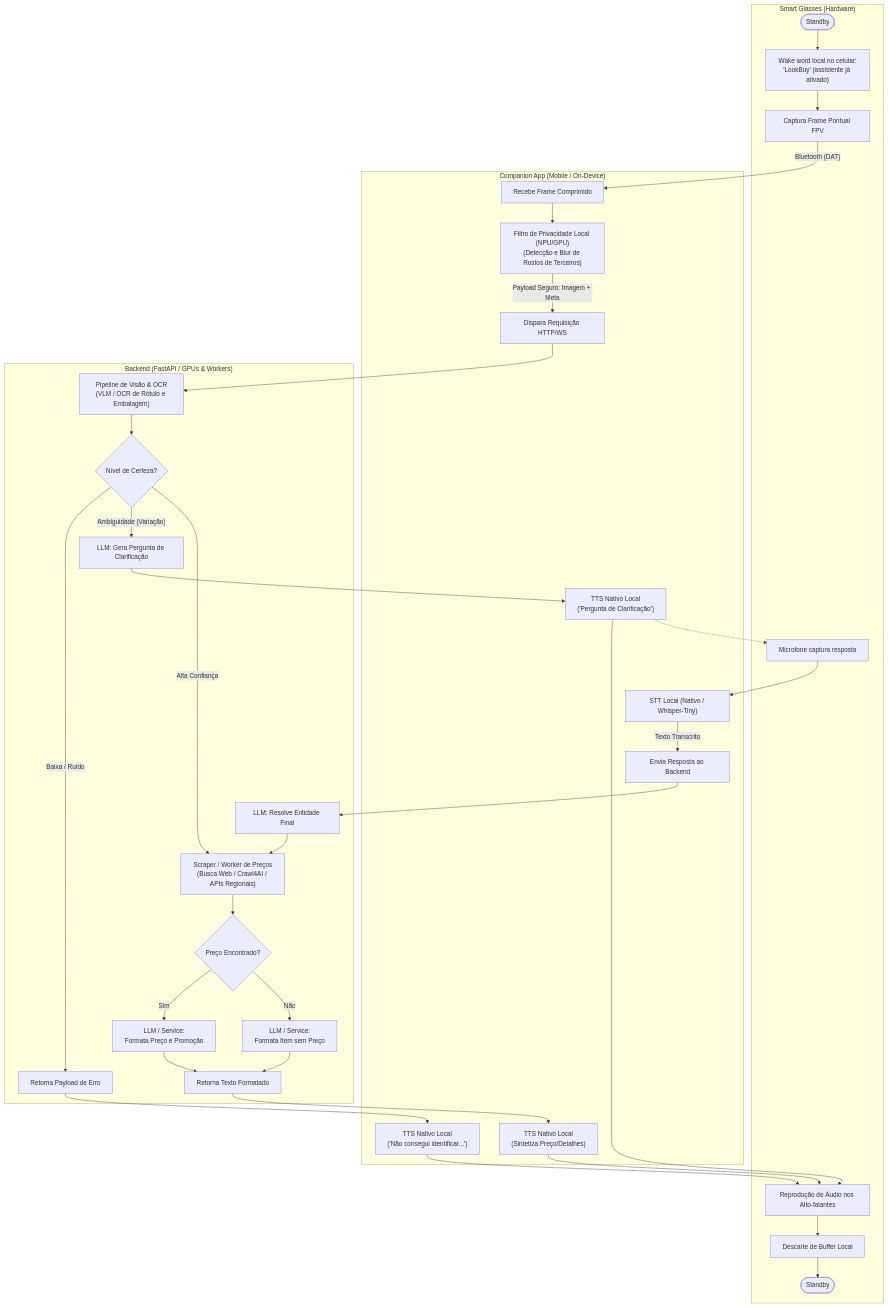
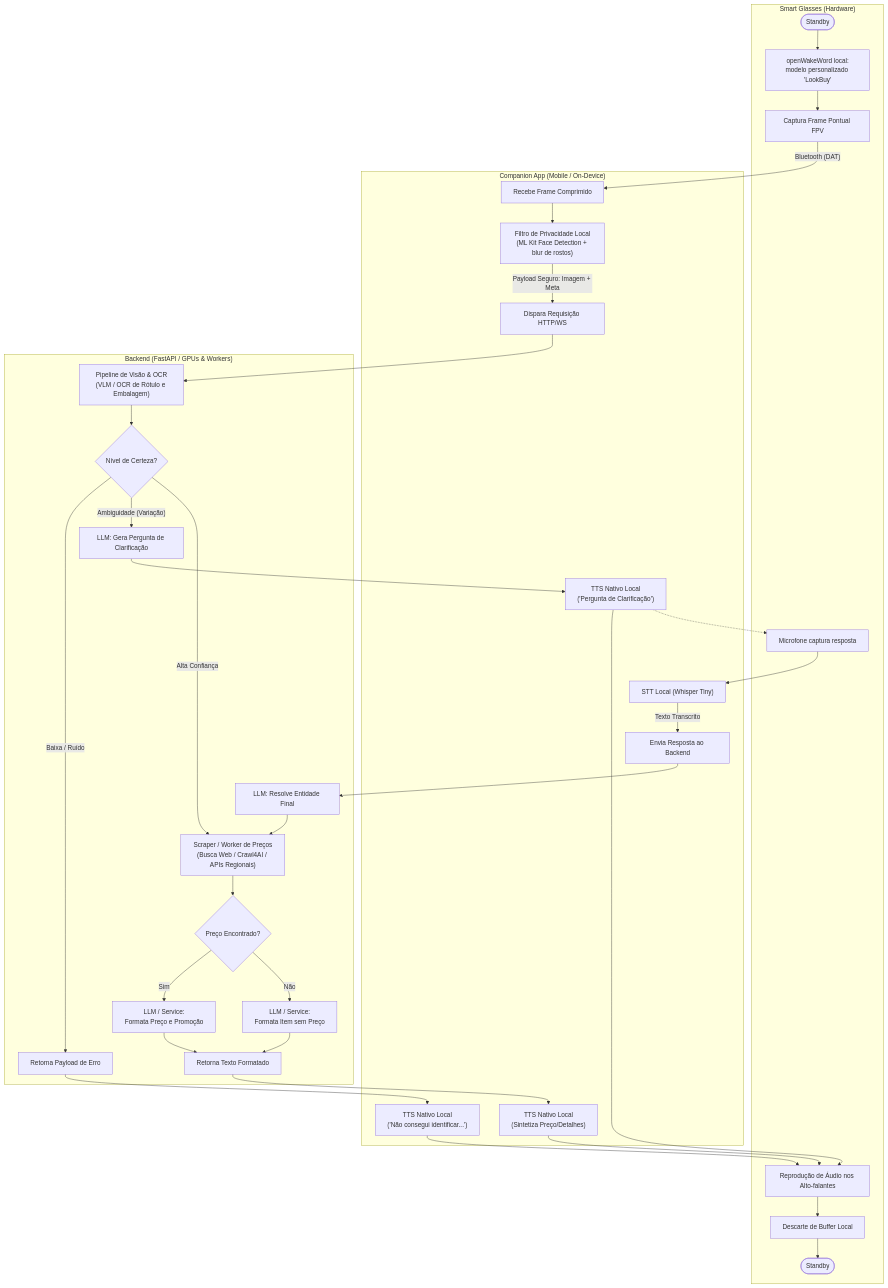
The diagram in mobile/docs/LookBuy_Arquitetura.md (Guifranso/hackaton-meta-lookbuy), drawn with Mermaid before and after one commit. The commit also changed other lines of this file and 4 other files, not shown here.

````diff
--- a/mobile/docs/LookBuy_Arquitetura.md
+++ b/mobile/docs/LookBuy_Arquitetura.md
@@ -7,67 +7,67 @@
 ```mermaid
 flowchart TB
  subgraph Glasses["Smart Glasses (Hardware)"]
-        VoiceTrigger@{ label: "Wake word local no celular:\n'LookBuy' (assistente já ativado)" }
+        VoiceTrigger@{ label: "openWakeWord local:\nmodelo personalizado 'LookBuy'" }
         Start(["Standby"])
         CaptureFrame["Captura Frame Pontual FPV"]
         MicCapture["Microfone captura resposta"]
 
         DiscardLocalMem["Descarte de Buffer Local"]
         PlayAudioOut["Reprodução de Áudio nos Alto-falantes"]
         EndState(["Standby"])
   end
  subgraph CompanionApp["Companion App (Mobile / On-Device)"]
         OffloadToApp["Recebe Frame Comprimido"]
-        PrivacyFilter["Filtro de Privacidade Local (NPU/GPU)\n(Detecção e Blur de Rostos de Terceiros)"]
+        PrivacyFilter["Filtro de Privacidade Local\n(ML Kit Face Detection + blur de rostos)"]
         SendToBackend["Dispara Requisição HTTP/WS"]
         LocalTTS_Fail@{ label: "TTS Nativo Local\n('Não consegui identificar...')" }
         LocalTTS_Ask@{ label: "TTS Nativo Local\n('Pergunta de Clarificação')" }
-        OnDeviceSTT["STT Local (Nativo / Whisper-Tiny)"]
+        OnDeviceSTT["STT Local (Whisper Tiny)"]
         SendVoiceClarification["Envia Resposta ao Backend"]
         LocalTTS_Success["TTS Nativo Local\n(Sintetiza Preço/Detalhes)"]
   end
  subgraph Backend["Backend (FastAPI / GPUs & Workers)"]
         VLMInference["Pipeline de Visão & OCR\n(VLM / OCR de Rótulo e Embalagem)"]
         CheckConfidence{"Nível de Certeza?"}
         RespFail["Retorna Payload de Erro"]
         LLMClarification["LLM: Gera Pergunta de Clarificação"]
         LLMResolve["LLM: Resolve Entidade Final"]
         PriceScraper["Scraper / Worker de Preços\n(Busca Web / Crawl4AI / APIs Regionais)"]
         CheckAPI{"Preço Encontrado?"}
         FormatSuccess["LLM / Service:\nFormata Preço e Promoção"]
         FormatFallback["LLM / Service:\nFormata Item sem Preço"]
         SendSuccessPayload["Retorna Texto Formatado"]
   end
     Start --> VoiceTrigger
     VoiceTrigger --> CaptureFrame
     PlayAudioOut --> DiscardLocalMem
     DiscardLocalMem --> EndState
     CaptureFrame -- "Bluetooth (DAT)" --> OffloadToApp
     OffloadToApp --> PrivacyFilter
     PrivacyFilter -- Payload Seguro: Imagem + Meta --> SendToBackend
     LocalTTS_Fail --> PlayAudioOut
     LocalTTS_Ask --> PlayAudioOut
     MicCapture --> OnDeviceSTT
     OnDeviceSTT -- Texto Transcrito --> SendVoiceClarification
     LocalTTS_Success --> PlayAudioOut
     SendToBackend --> VLMInference
     VLMInference --> CheckConfidence
     CheckConfidence -- Baixa / Ruído --> RespFail
     RespFail --> LocalTTS_Fail
     CheckConfidence -- Ambiguidade (Variação) --> LLMClarification
     LLMClarification --> LocalTTS_Ask
     LocalTTS_Ask -.-> MicCapture
     SendVoiceClarification --> LLMResolve
     LLMResolve --> PriceScraper
     CheckConfidence -- Alta Confiança --> PriceScraper
     PriceScraper --> CheckAPI
     CheckAPI -- Sim --> FormatSuccess
     CheckAPI -- Não --> FormatFallback
     FormatSuccess --> SendSuccessPayload
     FormatFallback --> SendSuccessPayload
     SendSuccessPayload --> LocalTTS_Success
 
     VoiceTrigger@{ shape: rect}
     LocalTTS_Fail@{ shape: rect}
     LocalTTS_Ask@{ shape: rect}
 ```
````
